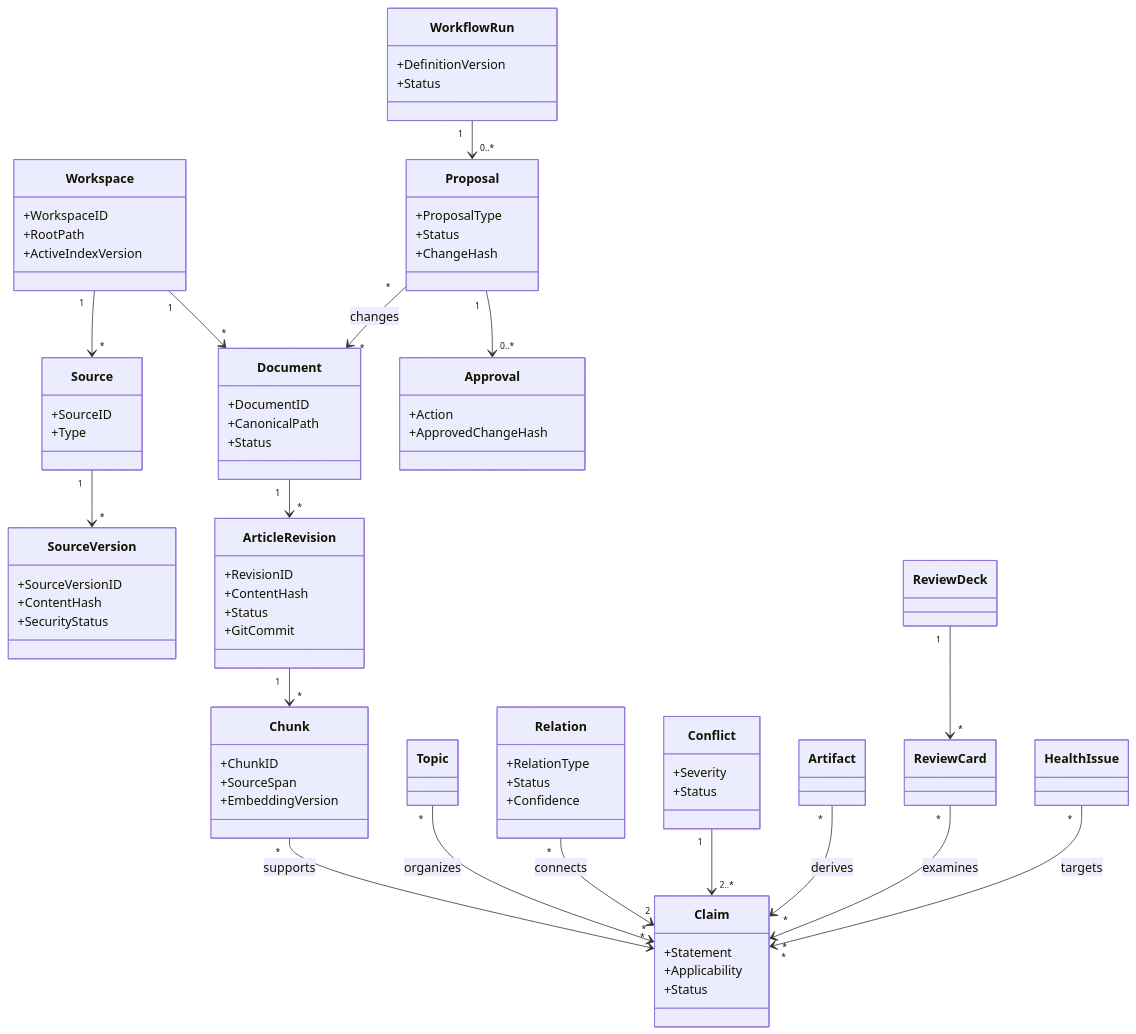
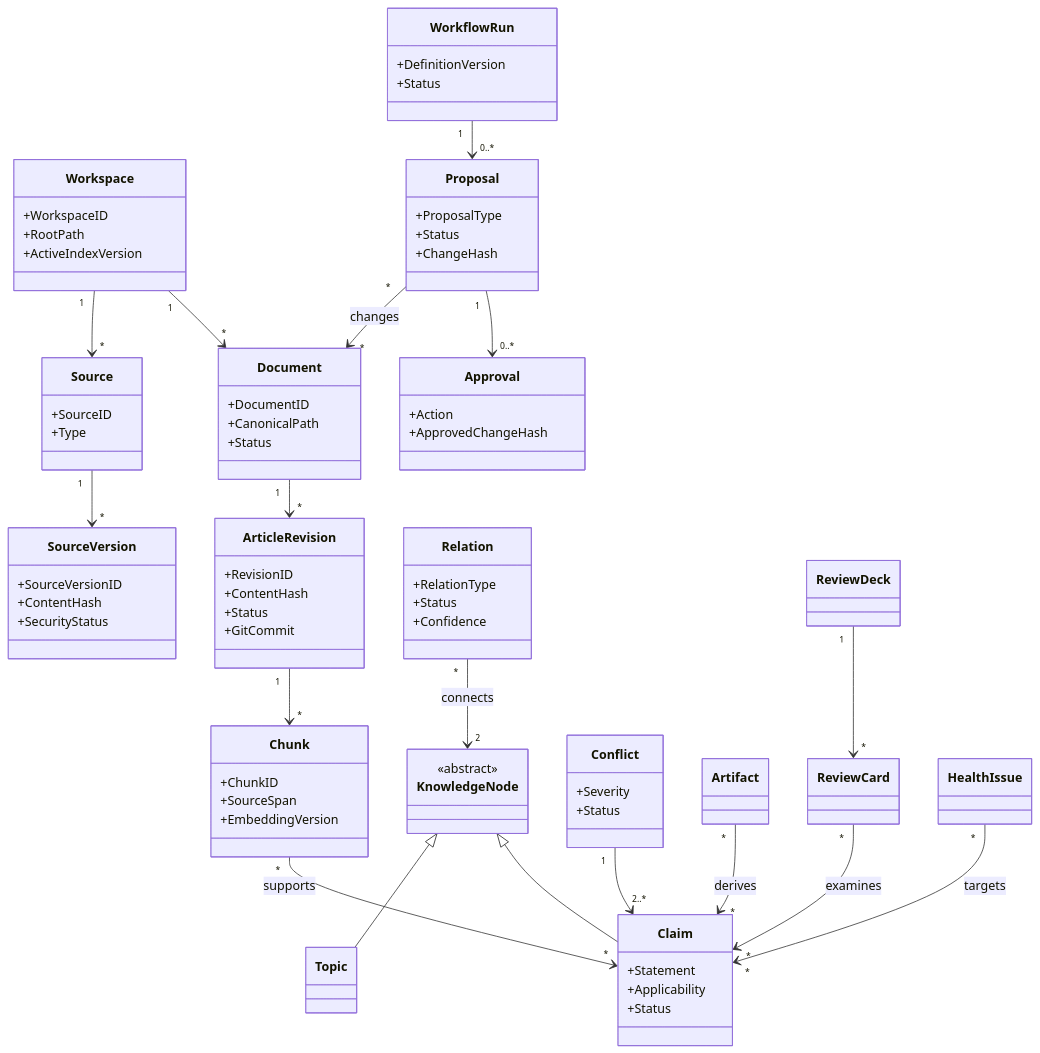
The second of 6 diagrams in docs/architecture/domain-model.md (CodeZen-Lizhi/zhixu), drawn with Mermaid before and after one commit. The commit also changed other lines of this file and 52 other files, not shown here.

```diff
--- a/docs/architecture/domain-model.md
+++ b/docs/architecture/domain-model.md
@@ -190,6 +190,9 @@
       +ChunkID
       +SourceSpan
       +EmbeddingVersion
+    }
+    class KnowledgeNode {
+      <<abstract>>
     }
     class Topic
     class Claim {
@@ -230,8 +233,9 @@
     Document "1" --> "*" ArticleRevision
     ArticleRevision "1" --> "*" Chunk
     Chunk "*" --> "*" Claim : supports
-    Topic "*" --> "*" Claim : organizes
-    Relation "*" --> "2" Claim : connects
+    KnowledgeNode <|-- Topic
+    KnowledgeNode <|-- Claim
+    Relation "*" --> "2" KnowledgeNode : connects
     Conflict "1" --> "2..*" Claim
     Proposal "*" --> "*" Document : changes
     Proposal "1" --> "0..*" Approval
```
